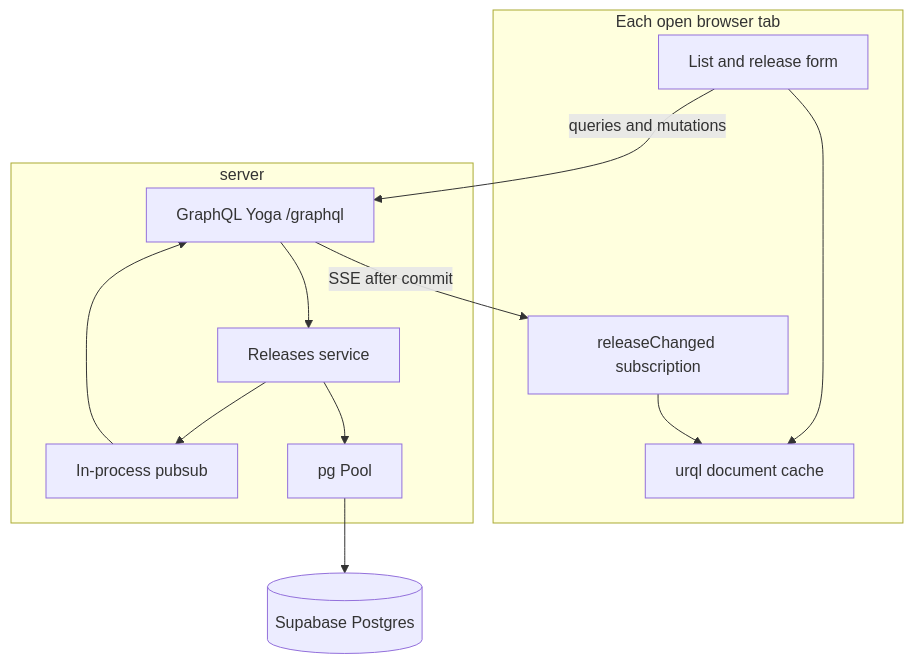
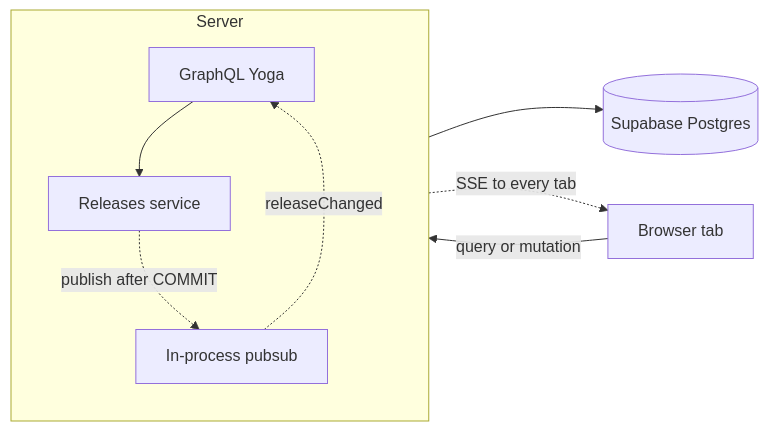
Before and after one commit to sagnik26/release-checklist-tool: the diagram in README.md, drawn with Mermaid. The commit also changed other lines of this file and 8 other files, not shown here.

````diff
--- a/README.md
+++ b/README.md
@@ -119,27 +119,21 @@
 ```mermaid
-flowchart TB
-  subgraph tab [Each open browser tab]
-    ui[List and release form]
-    cache[urql document cache]
-    sub[releaseChanged subscription]
-    ui --> cache
-    sub --> cache
+flowchart LR
+  tab[Browser tab]
+  subgraph server [Server]
+    direction TB
+    yoga[GraphQL Yoga]
+    svc[Releases service]
+    bus[In-process pubsub]
+    yoga --> svc
+    svc -.->|publish after COMMIT| bus
+    bus -.->|releaseChanged| yoga
   end
-
-  subgraph api [server]
-    yoga[GraphQL Yoga /graphql]
-    rules[Releases service]
-    bus[In-process pubsub]
-    pool[pg Pool]
-    yoga --> rules
-    rules --> pool
-    rules --> bus
-    bus --> yoga
-  end
-
   db[(Supabase Postgres)]
 
-  ui -- "queries and mutations" --> yoga
-  yoga -- "SSE after commit" --> sub
-  pool --> db
+  tab ~~~ server
+  tab ~~~ yoga
+  server ~~~ db
+  tab -->|query or mutation| yoga
+  svc --> db
+  yoga -.->|SSE to every tab| tab
 ```
````
